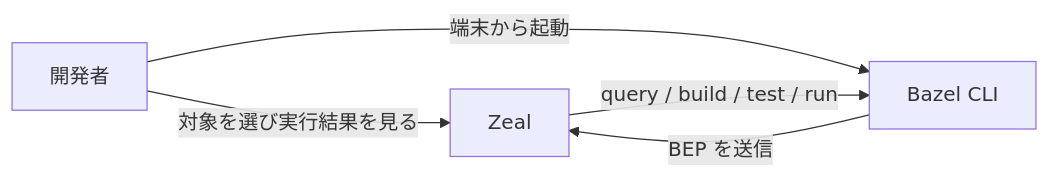
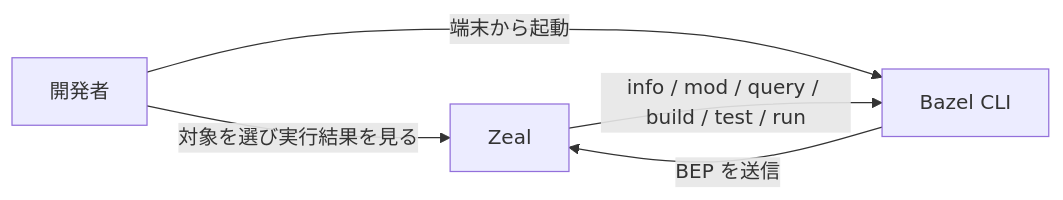
Before and after one commit to OhataKenji/zeal: the first of 2 diagrams in docs/design/overview.md, drawn with Mermaid. The commit also changed other lines of this file and 25 other files, not shown here.

````diff
--- a/docs/design/overview.md
+++ b/docs/design/overview.md
@@ -25,7 +25,7 @@
 ```mermaid
 flowchart LR
     DEV["開発者"] -->|"対象を選び実行結果を見る"| ZEAL["Zeal"]
     DEV -->|"端末から起動"| BAZEL["Bazel CLI"]
-    ZEAL -->|"query / build / test / run"| BAZEL
+    ZEAL -->|"info / mod / query / build / test / run"| BAZEL
     BAZEL -->|"BEP を送信"| ZEAL
 ```
````
